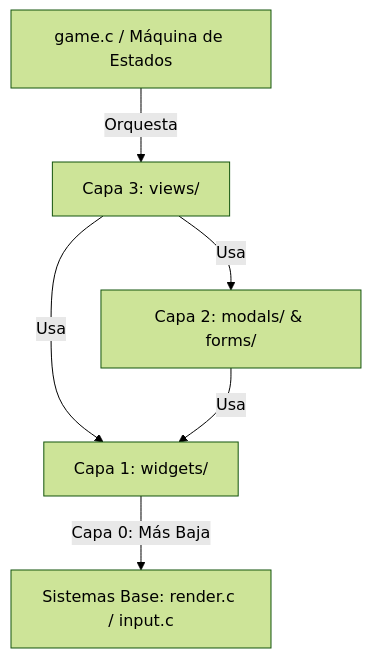
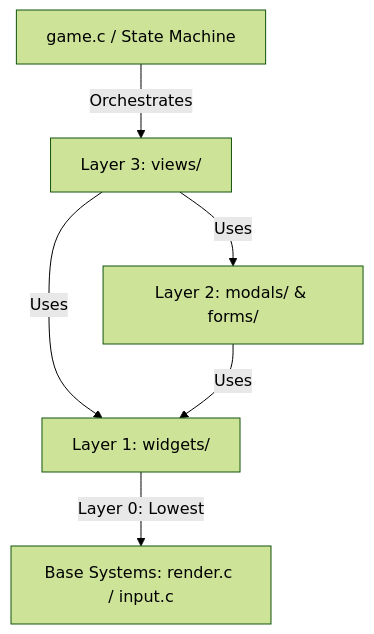
Before and after one commit to JoelBeja2000/OveNotesDs: the diagram in ARCHITECTURE.md, drawn with Mermaid (forest theme). The commit also changed other lines of this file and 1 other file, not shown here.

Commit message:
docs: add both English and Spanish architecture files

````diff
--- a/ARCHITECTURE.md
+++ b/ARCHITECTURE.md
@@ -11,8 +11,8 @@
 ```mermaid
 graph TD
-    State[game.c / Máquina de Estados] -->|Orquesta| Views[Capa 3: views/]
-    Views -->|Usa| Modals[Capa 2: modals/ & forms/]
-    Views -->|Usa| Widgets[Capa 1: widgets/]
-    Modals -->|Usa| Widgets
-    Widgets -->|Capa 0: Más Baja| Rendering[Sistemas Base: render.c / input.c]
+    State[game.c / State Machine] -->|Orchestrates| Views[Layer 3: views/]
+    Views -->|Uses| Modals[Layer 2: modals/ & forms/]
+    Views -->|Uses| Widgets[Layer 1: widgets/]
+    Modals -->|Uses| Widgets
+    Widgets -->|Layer 0: Lowest| Rendering[Base Systems: render.c / input.c]
 ```
````
